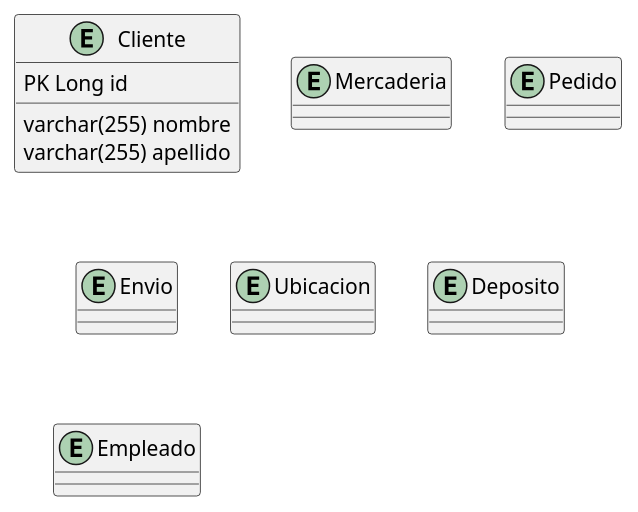
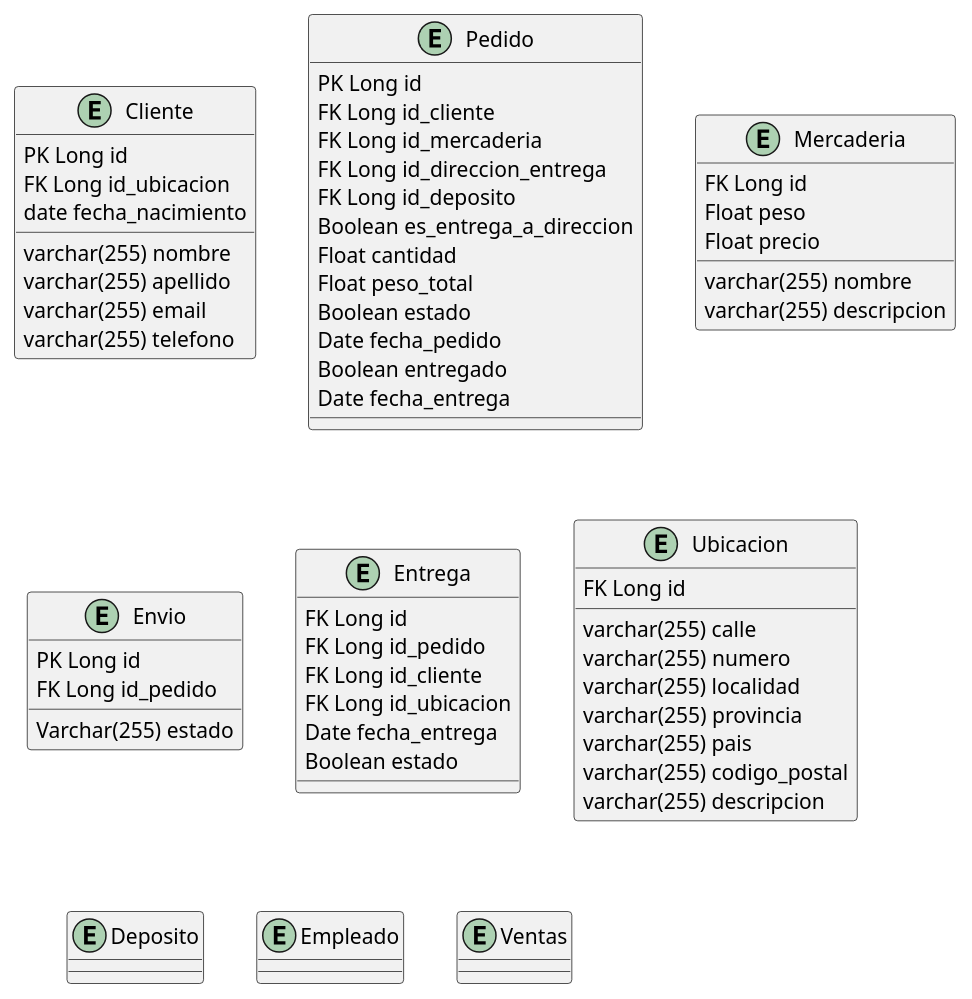
One commit to JuanIBorda/Practica-Modelado-de-Datos-y-Persistencia-de-Datos changed the diagram in src/Diagramas/DER.puml. Above: the diagram before and after it, drawn with PlantUML.

Commit message:
Avances DER

```diff
--- a/src/Diagramas/DER.puml
+++ b/src/Diagramas/DER.puml
@@ -1,22 +1,70 @@
 @startuml
 
 entity Cliente{
     PK Long id
+    FK Long id_ubicacion
     varchar(255) nombre
     varchar(255) apellido
+    varchar(255) email
+    varchar(255) telefono
+    date fecha_nacimiento
 }
 
-entity Mercaderia{}
+entity Pedido{
+    PK Long id
+    FK Long id_cliente
+    FK Long id_mercaderia
+    FK Long id_direccion_entrega
+    FK Long id_deposito
+    Boolean es_entrega_a_direccion
+    Float cantidad
+    Float peso_total
+    Boolean estado
+    Date fecha_pedido
+    Boolean entregado
+    Date fecha_entrega
+}
 
-entity Pedido{}
+entity Mercaderia{
+    FK Long id
+    varchar(255) nombre
+    varchar(255) descripcion
+    Float peso
+    Float precio
+}
 
-entity Envio{}
+entity Envio{
+    PK Long id
+    FK Long id_pedido
+    Varchar(255) estado
+}
 
-entity Ubicacion{}
+entity Entrega{
+    FK Long id
+    FK Long id_pedido
+    FK Long id_cliente
+    FK Long id_ubicacion
+    Date fecha_entrega
+    Boolean estado
+}
+
+
+entity Ubicacion{
+    FK Long id
+    varchar(255) calle
+    varchar(255) numero
+    varchar(255) localidad
+    varchar(255) provincia
+    varchar(255) pais
+    varchar(255) codigo_postal
+    varchar(255) descripcion
+}
 
 entity Deposito{}
 
 entity Empleado{}
 
+entity Ventas{}
+
 
 @enduml
```
